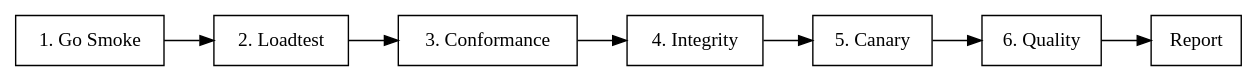
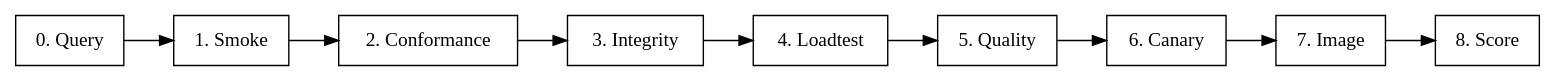
The diagram in scripts/channel-benchmark/RUNBOOK-channel-benchmark.md (mpersisth/Fy-api), drawn with Graphviz before and after one commit. The commit also changed other lines of this file and 17 other files, not shown here.

````diff
--- a/scripts/channel-benchmark/RUNBOOK-channel-benchmark.md
+++ b/scripts/channel-benchmark/RUNBOOK-channel-benchmark.md
@@ -26,7 +61,7 @@
 ```dot
 digraph test_flow {
   rankdir=LR;
   node [shape=box];
-  "1. Go Smoke" -> "2. Loadtest" -> "3. Conformance" -> "4. Integrity" -> "5. Canary" -> "6. Quality" -> "Report";
+  "0. Query" -> "1. Smoke" -> "2. Conformance" -> "3. Integrity" -> "4. Loadtest" -> "5. Quality" -> "6. Canary" -> "7. Image" -> "8. Score";
 }
 ```
````
